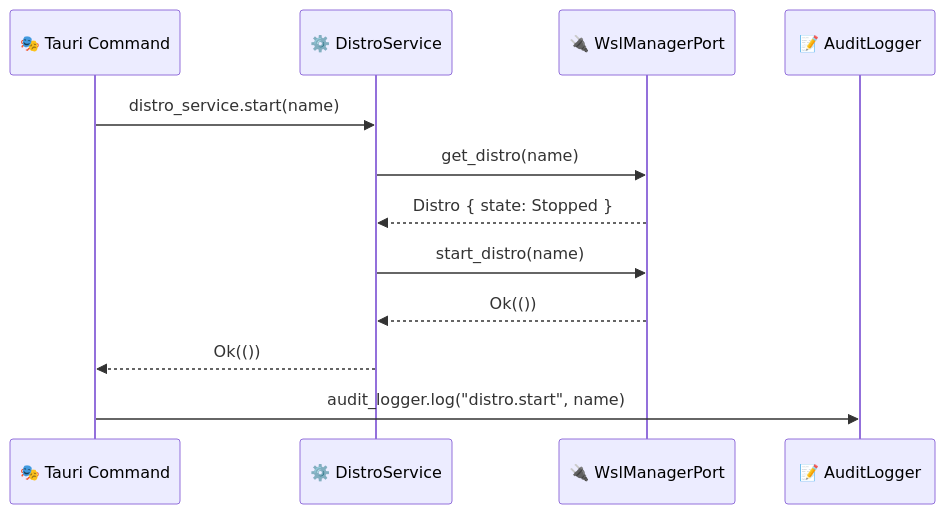
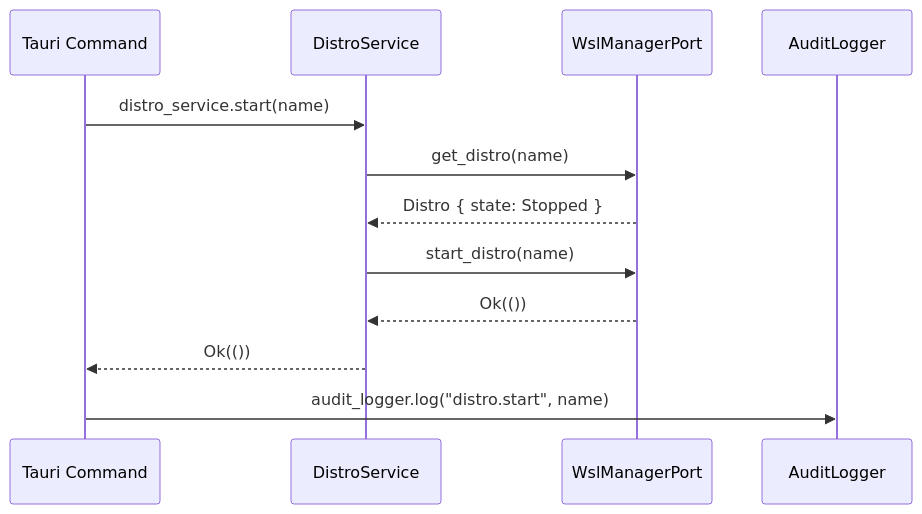
The third of 3 diagrams in src-tauri/src/application/README.md (muchiny/wsl-dashboard), drawn with Mermaid before and after one commit. The commit also changed other lines of this file and 10 other files, not shown here.

````diff
--- a/src-tauri/src/application/README.md
+++ b/src-tauri/src/application/README.md
@@ -94,15 +94,15 @@
 ```mermaid
 sequenceDiagram
-    participant P as 🎭 Tauri Command
-    participant S as ⚙️ DistroService
-    participant Port as 🔌 WslManagerPort
-    participant A as 📝 AuditLogger
+    participant P as Tauri Command
+    participant S as DistroService
+    participant Port as WslManagerPort
+    participant A as AuditLogger
 
     P->>S: distro_service.start(name)
     S->>Port: get_distro(name)
     Port-->>S: Distro { state: Stopped }
     S->>Port: start_distro(name)
     Port-->>S: Ok(())
     S-->>P: Ok(())
     P->>A: audit_logger.log("distro.start", name)
 ```
````
